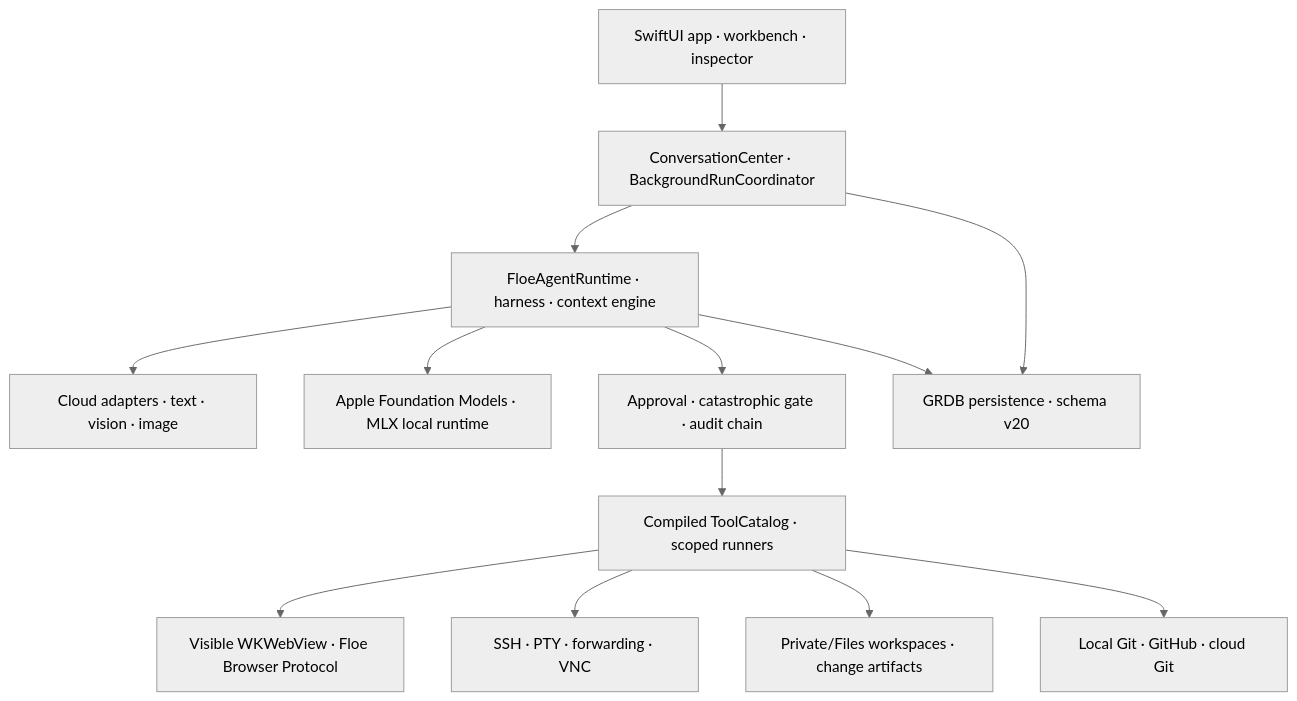
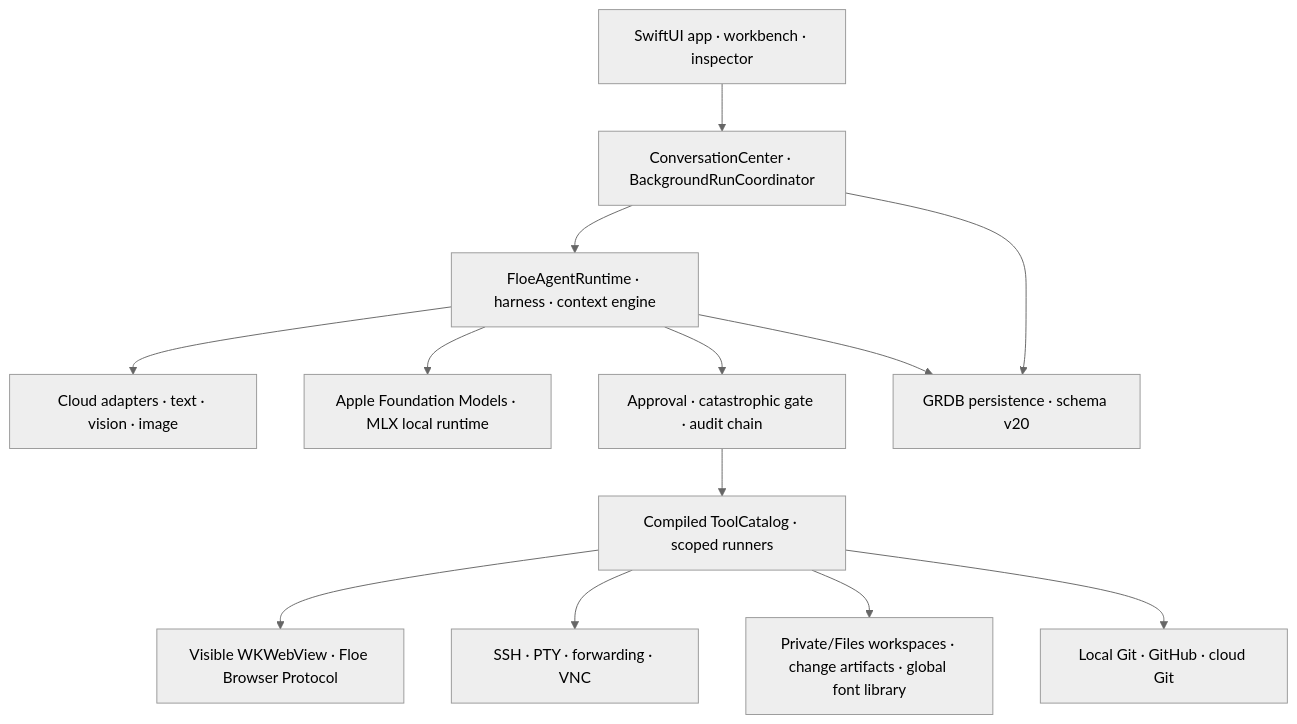
One commit to JiangNanGenius/floe-agent changed the first of 2 diagrams in docs/ARCHITECTURE_OVERVIEW.md. Above: the diagram before and after it, drawn with Mermaid (neutral theme). The commit also changed other lines of this file and 20 other files, not shown here.

````diff
--- a/docs/ARCHITECTURE_OVERVIEW.md
+++ b/docs/ARCHITECTURE_OVERVIEW.md
@@ -20,28 +20,28 @@
 ```mermaid
 flowchart TB
     UI["SwiftUI app · workbench · inspector"]
     CENTER["ConversationCenter · BackgroundRunCoordinator"]
     RUNTIME["FloeAgentRuntime · harness · context engine"]
     PROVIDERS["Cloud adapters · text · vision · image"]
     LOCAL["Apple Foundation Models · MLX local runtime"]
     TOOLS["Compiled ToolCatalog · scoped runners"]
     PERSIST["GRDB persistence · schema v20"]
     SECURITY["Approval · catastrophic gate · audit chain"]
     BROWSER["Visible WKWebView · Floe Browser Protocol"]
     REMOTE["SSH · PTY · forwarding · VNC"]
-    FILES["Private/Files workspaces · change artifacts"]
+    FILES["Private/Files workspaces · change artifacts · global font library"]
     GIT["Local Git · GitHub · cloud Git"]
 
     UI --> CENTER
     CENTER --> RUNTIME
     CENTER --> PERSIST
     RUNTIME --> PROVIDERS
     RUNTIME --> LOCAL
     RUNTIME --> SECURITY
     SECURITY --> TOOLS
     TOOLS --> BROWSER
     TOOLS --> REMOTE
     TOOLS --> FILES
     TOOLS --> GIT
     RUNTIME --> PERSIST
 ```
````
